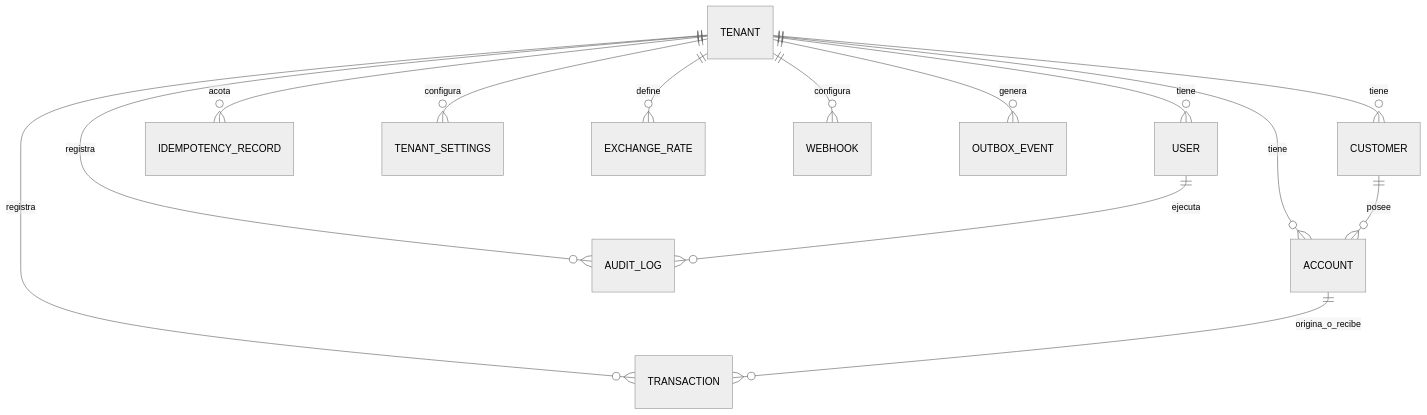
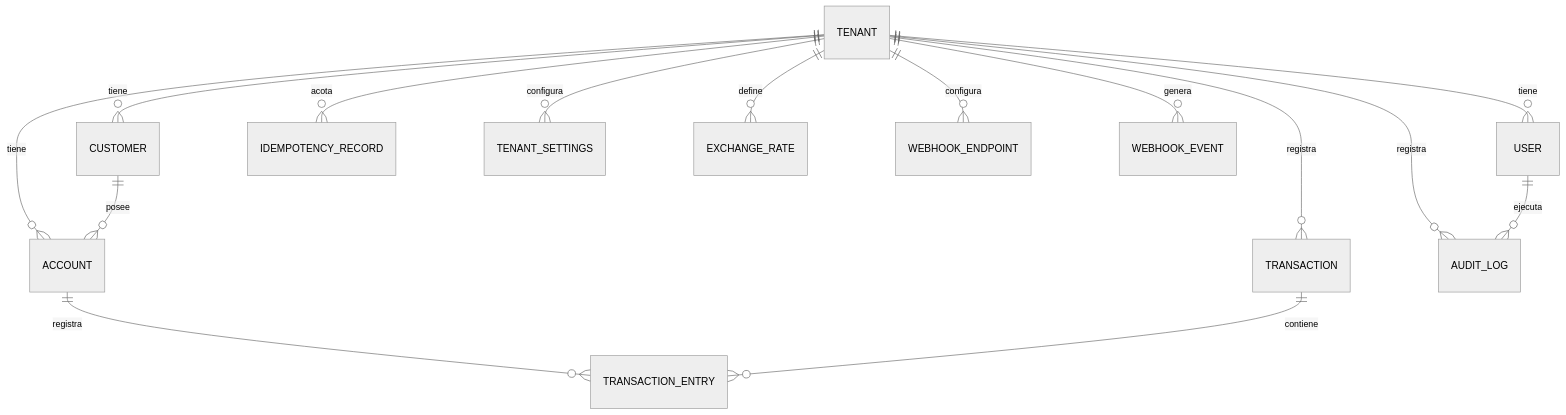
One commit to dilandcv/BankOs changed the diagram in backend/docs/architecture/database-design.md. Above: the diagram before and after it, drawn with Mermaid (neutral theme). The commit also changed other lines of this file and 163 other files, not shown here.

````diff
--- a/backend/docs/architecture/database-design.md
+++ b/backend/docs/architecture/database-design.md
@@ -38,16 +37,17 @@
 ```mermaid
 erDiagram
   TENANT ||--o{ USER : tiene
   TENANT ||--o{ CUSTOMER : tiene
   TENANT ||--o{ ACCOUNT : tiene
   TENANT ||--o{ TRANSACTION : registra
   TENANT ||--o{ IDEMPOTENCY_RECORD : acota
   TENANT ||--o{ TENANT_SETTINGS : configura
   TENANT ||--o{ EXCHANGE_RATE : define
   TENANT ||--o{ AUDIT_LOG : registra
-  TENANT ||--o{ WEBHOOK : configura
-  TENANT ||--o{ OUTBOX_EVENT : genera
+  TENANT ||--o{ WEBHOOK_ENDPOINT : configura
+  TENANT ||--o{ WEBHOOK_EVENT : genera
   CUSTOMER ||--o{ ACCOUNT : posee
-  ACCOUNT ||--o{ TRANSACTION : origina_o_recibe
+  ACCOUNT ||--o{ TRANSACTION_ENTRY : registra
+  TRANSACTION ||--o{ TRANSACTION_ENTRY : contiene
   USER ||--o{ AUDIT_LOG : ejecuta
 ```
````
